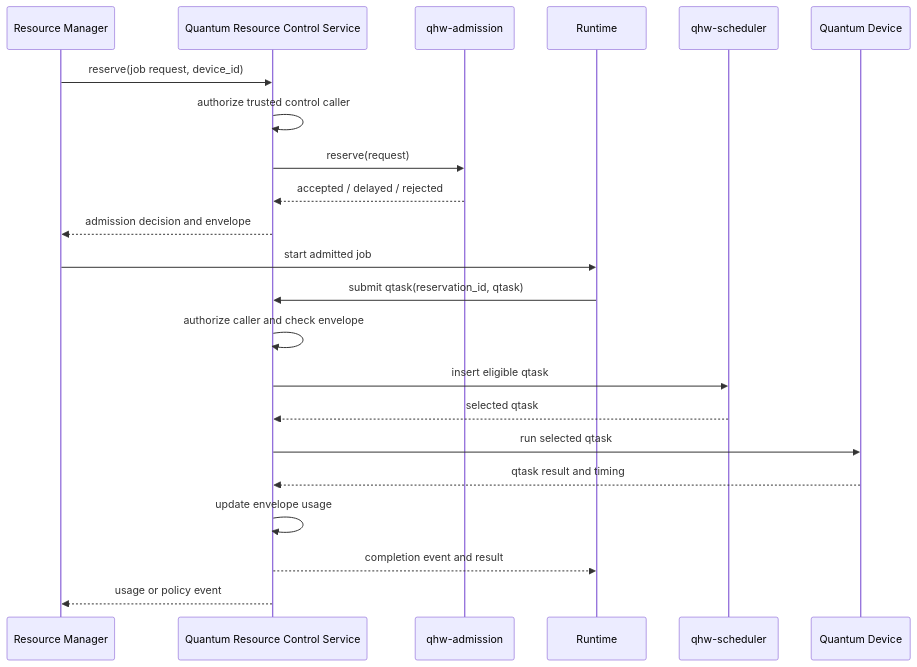
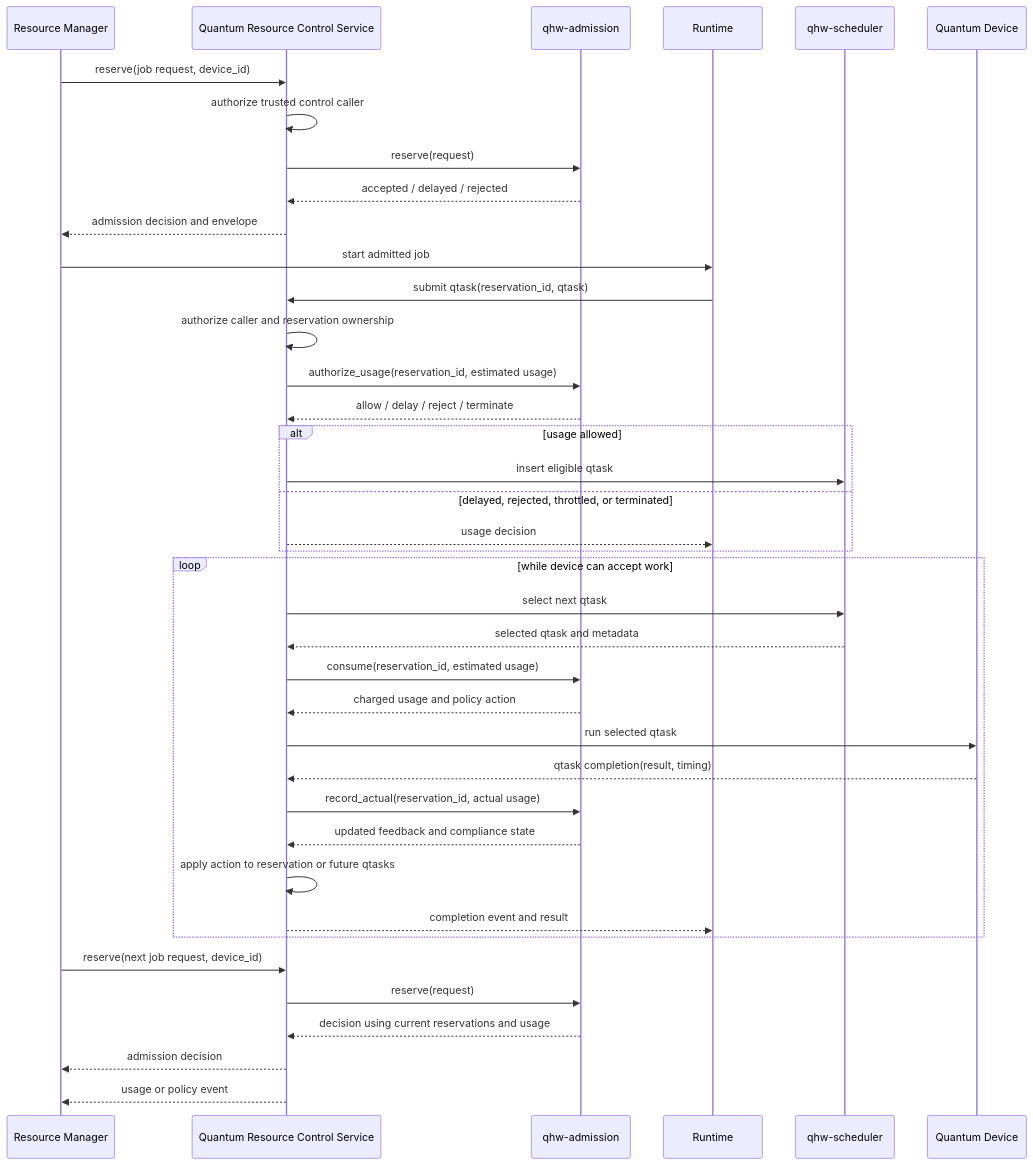
One commit to openQSE/qhw-admission changed the diagram in docs/detailed-design.md. Above: the diagram before and after it, drawn with Mermaid. The commit also changed other lines of this file and 1 other file, not shown here.

First line of the commit message:
design: tighten admission API semantics

````diff
--- a/docs/detailed-design.md
+++ b/docs/detailed-design.md
@@ -107,27 +109,47 @@
 ```mermaid
 sequenceDiagram
     participant RM as Resource Manager
     participant QRC as Quantum Resource Control Service
     participant ADM as qhw-admission
     participant RT as Runtime
     participant SCHED as qhw-scheduler
     participant DEV as Quantum Device
 
     RM->>QRC: reserve(job request, device_id)
     QRC->>QRC: authorize trusted control caller
     QRC->>ADM: reserve(request)
     ADM-->>QRC: accepted / delayed / rejected
     QRC-->>RM: admission decision and envelope
 
     RM->>RT: start admitted job
     RT->>QRC: submit qtask(reservation_id, qtask)
-    QRC->>QRC: authorize caller and check envelope
-    QRC->>SCHED: insert eligible qtask
-    SCHED-->>QRC: selected qtask
-    QRC->>DEV: run selected qtask
-    DEV-->>QRC: qtask result and timing
-    QRC->>QRC: update envelope usage
-    QRC-->>RT: completion event and result
+    QRC->>QRC: authorize caller and reservation ownership
+    QRC->>ADM: authorize_usage(reservation_id, estimated usage)
+    ADM-->>QRC: allow / delay / reject / terminate
+
+    alt usage allowed
+        QRC->>SCHED: insert eligible qtask
+    else delayed, rejected, throttled, or terminated
+        QRC-->>RT: usage decision
+    end
+
+    loop while device can accept work
+        QRC->>SCHED: select next qtask
+        SCHED-->>QRC: selected qtask and metadata
+        QRC->>ADM: consume(reservation_id, estimated usage)
+        ADM-->>QRC: charged usage and policy action
+        QRC->>DEV: run selected qtask
+        DEV-->>QRC: qtask completion(result, timing)
+        QRC->>ADM: record_actual(reservation_id, actual usage)
+        ADM-->>QRC: updated feedback and compliance state
+        QRC->>QRC: apply action to reservation or future qtasks
+        QRC-->>RT: completion event and result
+    end
+
+    RM->>QRC: reserve(next job request, device_id)
+    QRC->>ADM: reserve(request)
+    ADM-->>QRC: decision using current reservations and usage
+    QRC-->>RM: admission decision
 
     QRC-->>RM: usage or policy event
 ```
````
